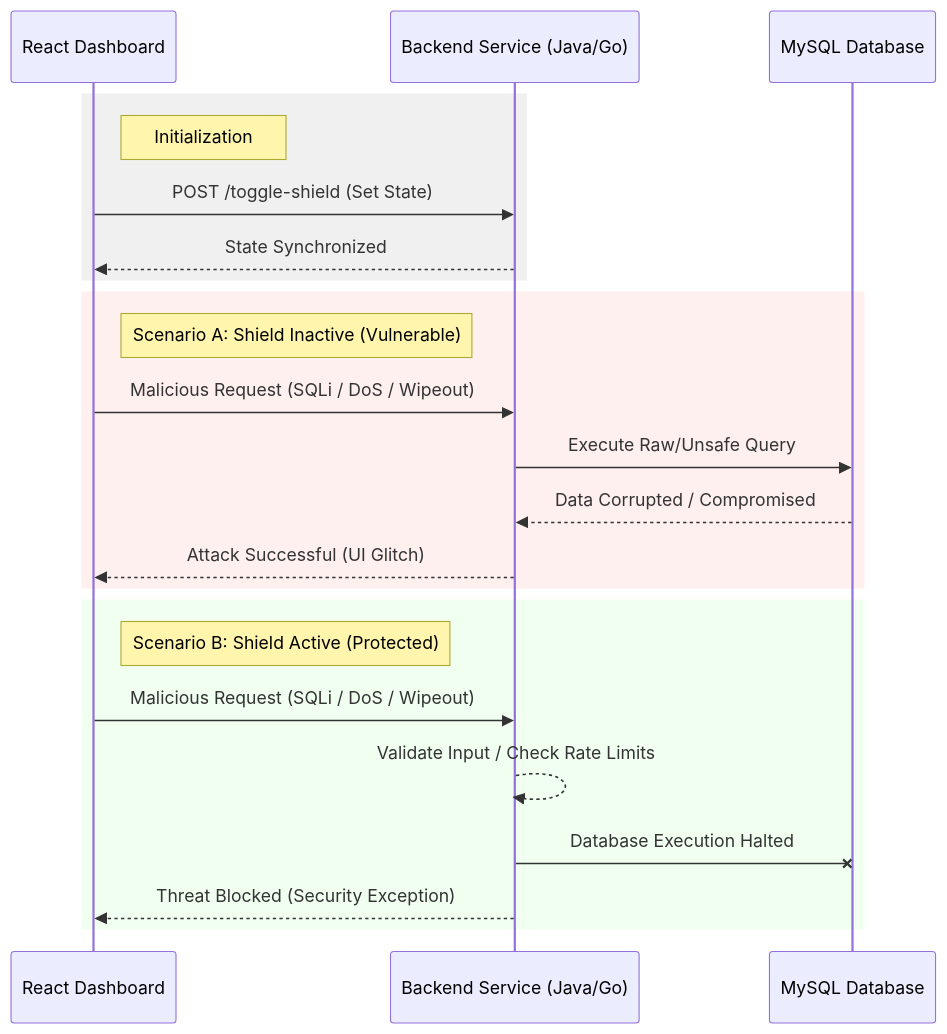
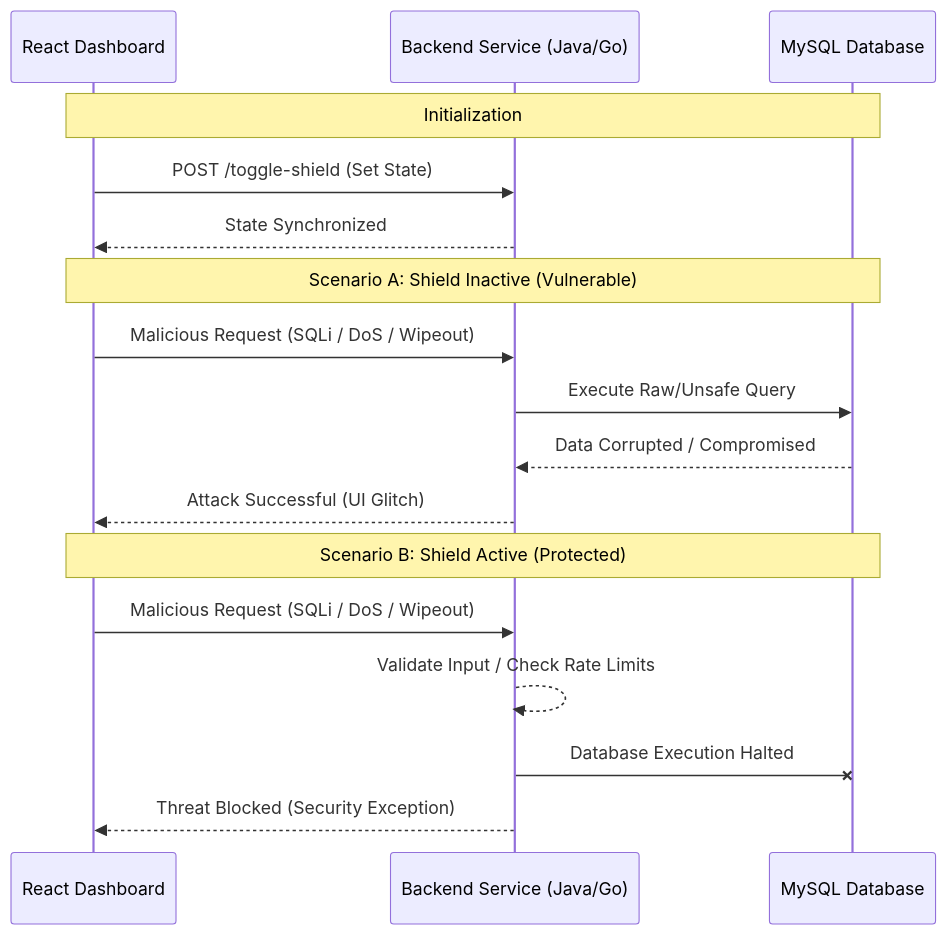
The second of 2 diagrams in README.md (DineshMoorthy007/polyglot-threat-visualizer), drawn with Mermaid before and after one commit. The commit also changed other lines of this file and 8 other files, not shown here.

````diff
--- a/README.md
+++ b/README.md
@@ -64,28 +64,22 @@
 ```mermaid
 sequenceDiagram
     participant Dashboard as React Dashboard
     participant API as Backend Service (Java/Go)
     participant DB as MySQL Database
 
-    rect rgb(240, 240, 240)
-    note right of Dashboard: Initialization
+    Note over Dashboard,DB: Initialization
     Dashboard->>API: POST /toggle-shield (Set State)
     API-->>Dashboard: State Synchronized
-    end
 
-    rect rgb(255, 240, 240)
-    note right of Dashboard: Scenario A: Shield Inactive (Vulnerable)
+    Note over Dashboard,DB: Scenario A: Shield Inactive (Vulnerable)
     Dashboard->>API: Malicious Request (SQLi / DoS / Wipeout)
     API->>DB: Execute Raw/Unsafe Query
     DB-->>API: Data Corrupted / Compromised
     API-->>Dashboard: Attack Successful (UI Glitch)
-    end
 
-    rect rgb(240, 255, 240)
-    note right of Dashboard: Scenario B: Shield Active (Protected)
+    Note over Dashboard,DB: Scenario B: Shield Active (Protected)
     Dashboard->>API: Malicious Request (SQLi / DoS / Wipeout)
     API-->>API: Validate Input / Check Rate Limits
     API-xDB: Database Execution Halted
     API-->>Dashboard: Threat Blocked (Security Exception)
-    end
 ```
````
